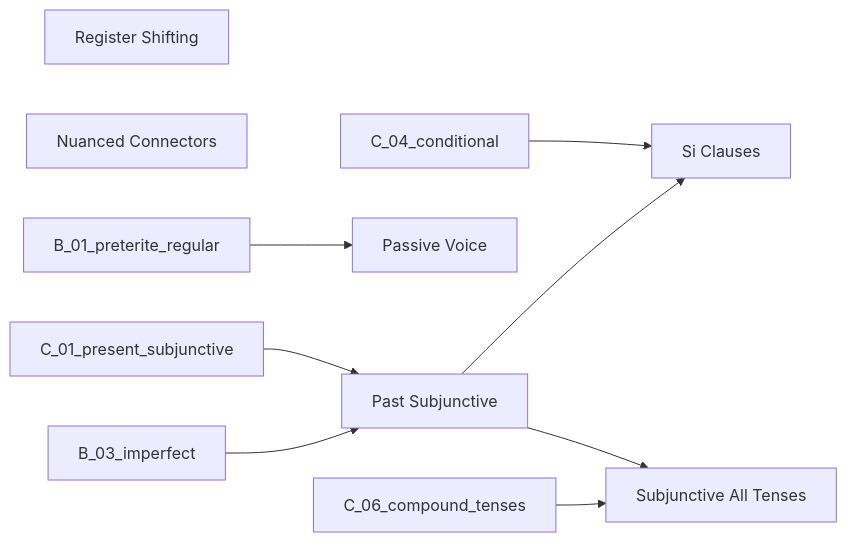
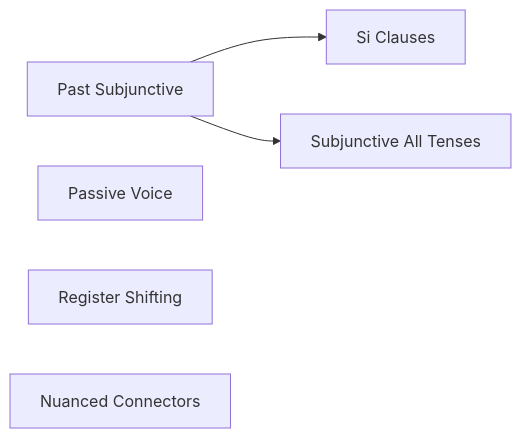
One commit to KWedey/spanish-tutor changed the fourth of 4 diagrams in vault/Roadmap.md. Above: the diagram before and after it, drawn with Mermaid. The commit also changed other lines of this file and 2 other files, not shown here.

Commit message:
feat: add input progress display to vault dashboard and roadmap

````diff
--- a/vault/Roadmap.md
+++ b/vault/Roadmap.md
@@ -138,16 +121,11 @@
 ```mermaid
 flowchart LR
     D_01_past_subjunctive["Past Subjunctive"]
     D_02_si_clauses["Si Clauses"]
     D_03_subjunctive_all_tenses["Subjunctive All Tenses"]
     D_04_passive_voice["Passive Voice"]
     D_05_register_shifting["Register Shifting"]
     D_06_nuanced_connectors["Nuanced Connectors"]
-    C_01_present_subjunctive --> D_01_past_subjunctive
-    B_03_imperfect --> D_01_past_subjunctive
-    C_04_conditional --> D_02_si_clauses
     D_01_past_subjunctive --> D_02_si_clauses
     D_01_past_subjunctive --> D_03_subjunctive_all_tenses
-    C_06_compound_tenses --> D_03_subjunctive_all_tenses
-    B_01_preterite_regular --> D_04_passive_voice
 ```
````
